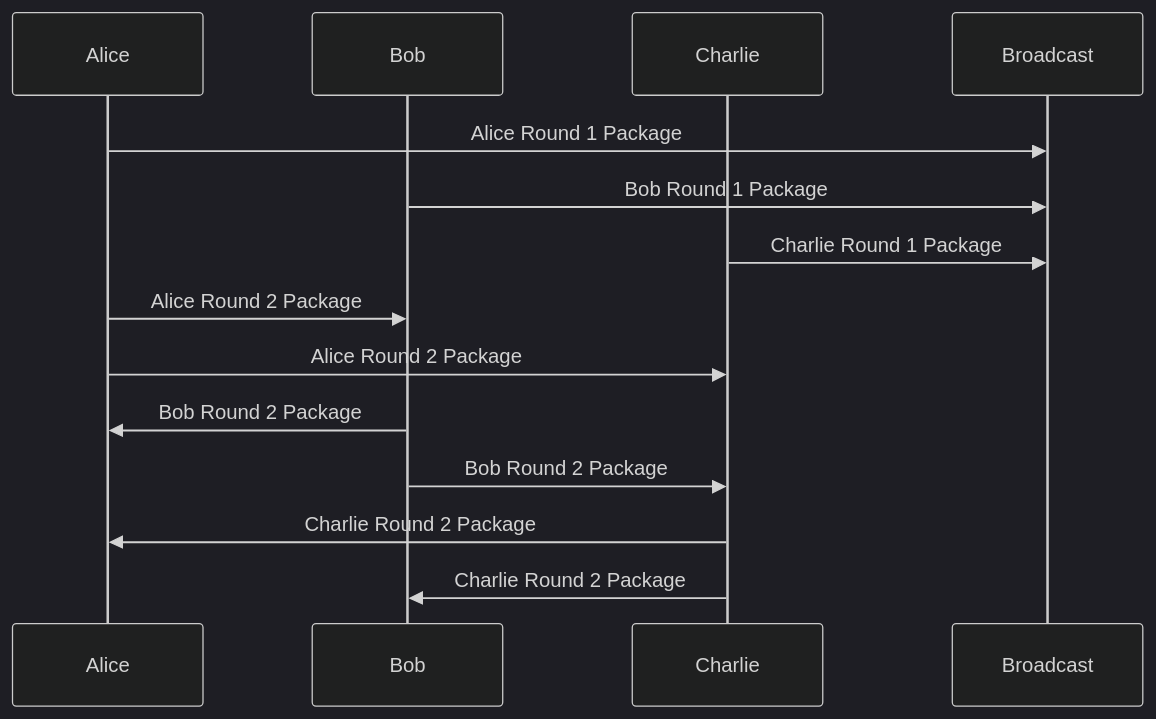
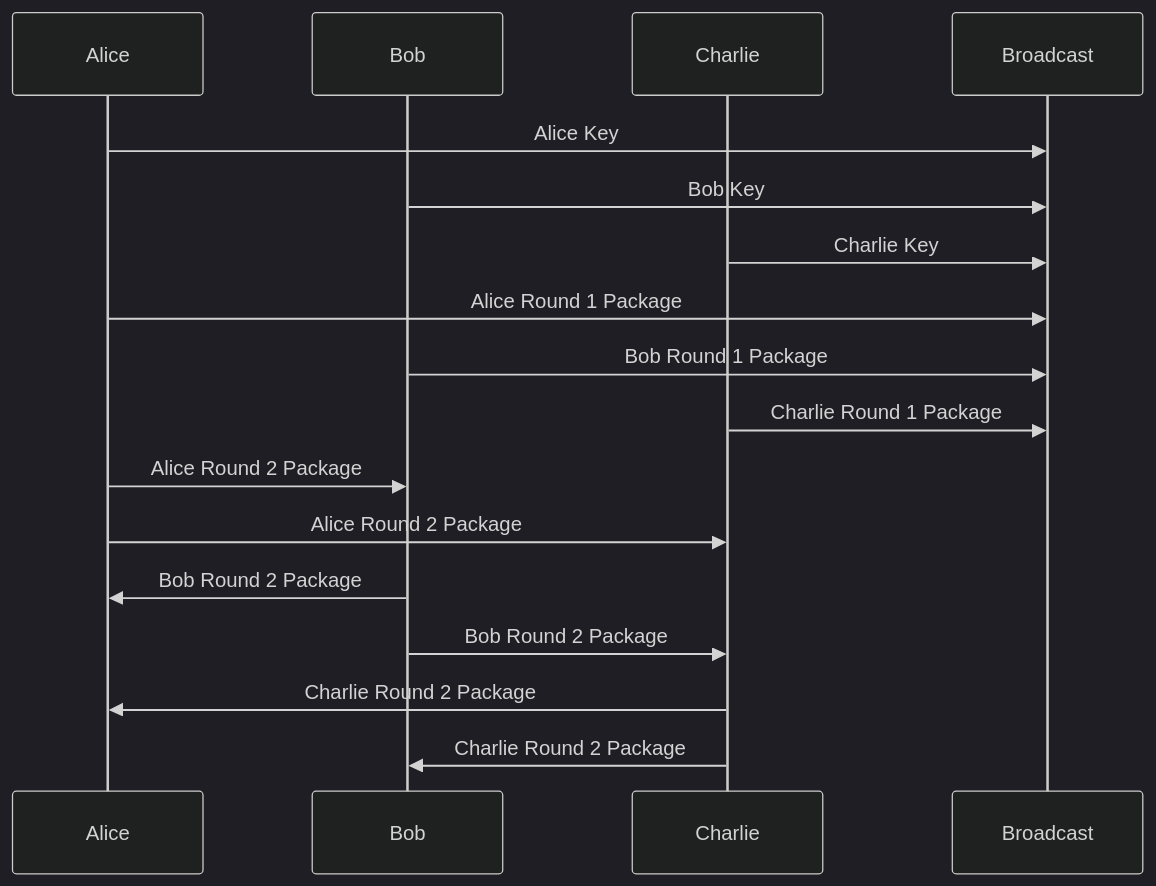
Before and after one commit to hhanh00/zkool2: the diagram in docs/frost/dkg.md, drawn with Mermaid (dark theme). The commit also changed other lines of this file and 22 other files, not shown here.

````diff
--- a/docs/frost/dkg.md
+++ b/docs/frost/dkg.md
@@ -117,15 +124,18 @@
 ```mermaid
 sequenceDiagram
 participant Alice
 participant Bob
 participant Charlie
+Alice->>Broadcast: Alice Key
+Bob->>Broadcast: Bob Key
+Charlie->>Broadcast: Charlie Key
 Alice->>Broadcast: Alice Round 1 Package
 Bob->>Broadcast: Bob Round 1 Package
 Charlie->>Broadcast: Charlie Round 1 Package
 Alice->>Bob: Alice Round 2 Package
 Alice->>Charlie: Alice Round 2 Package
 Bob->>Alice: Bob Round 2 Package
 Bob->>Charlie: Bob Round 2 Package
 Charlie->>Alice: Charlie Round 2 Package
 Charlie->>Bob: Charlie Round 2 Package
 ```
````
